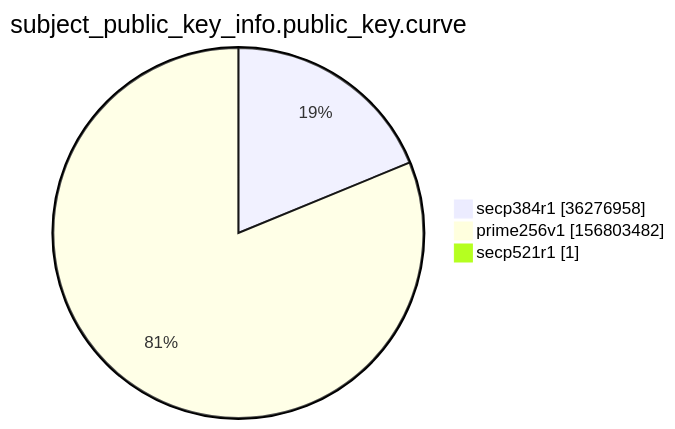
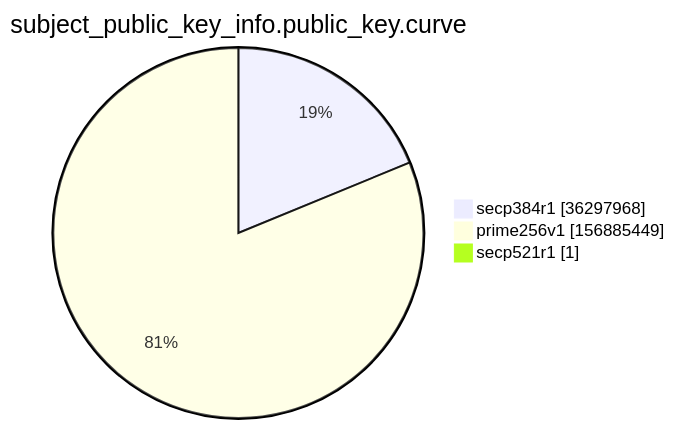
The ninth of 15 diagrams in argon2022/README.md (christiankrug/ctmonitor_visualization), drawn with Mermaid before and after one commit. The commit also changed other lines of this file, not shown here.

````diff
--- a/argon2022/README.md
+++ b/argon2022/README.md
@@ -2766,7 +2766,7 @@
 ```mermaid
 pie showData
 title subject_public_key_info.public_key.curve
-"secp384r1" :36276958
-"prime256v1" :156803482
+"secp384r1" :36297968
+"prime256v1" :156885449
 "secp521r1" :1
 ```
````
